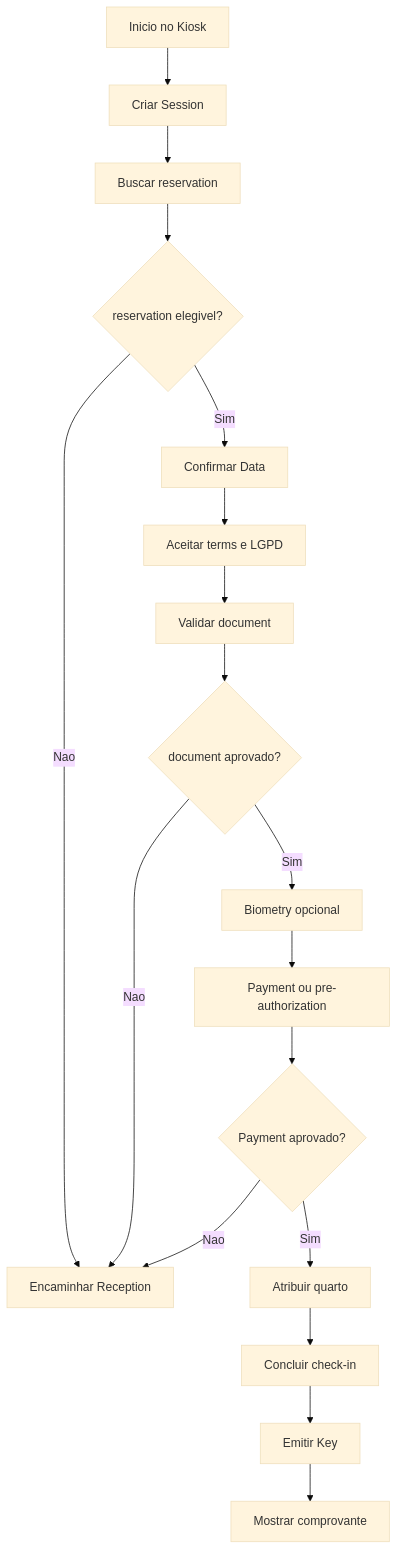
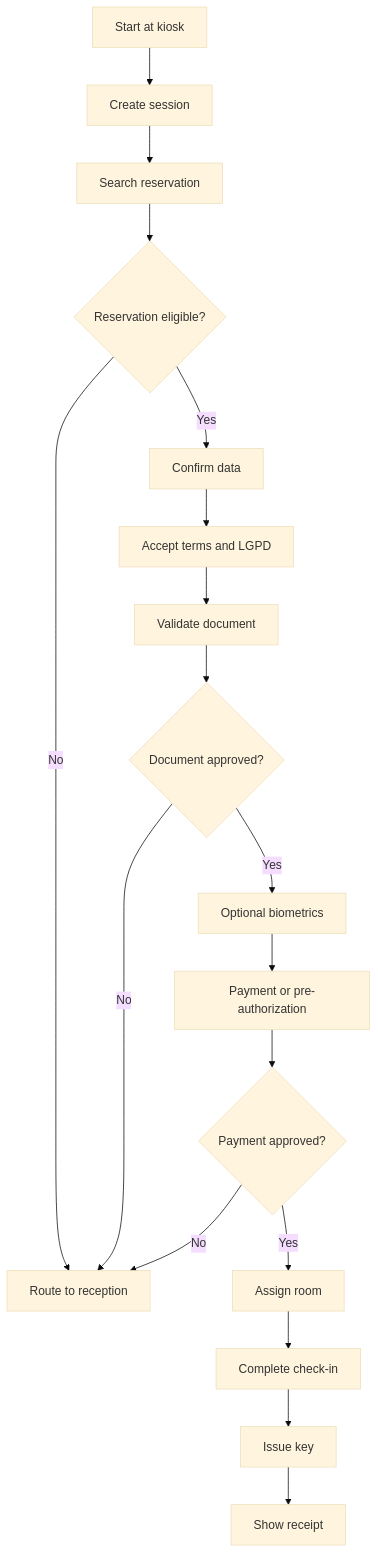
Before and after one commit to bitoller/fiap-challenge-flexmedia: the diagram in docs/diagrams/checkin-flow.mmd, drawn with Mermaid (base theme). The commit also changed 103 other files, not shown here.

```diff
--- a/docs/diagrams/checkin-flow.mmd
+++ b/docs/diagrams/checkin-flow.mmd
@@ -1,18 +1,18 @@
 flowchart TD
-    A["Inicio no Kiosk"] --> B["Criar Session"]
-    B --> C["Buscar reservation"]
-    C --> D{"reservation elegivel?"}
-    D -- "Nao" --> E["Encaminhar Reception"]
-    D -- "Sim" --> F["Confirmar Data"]
-    F --> G["Aceitar terms e LGPD"]
-    G --> H["Validar document"]
-    H --> I{"document aprovado?"}
-    I -- "Nao" --> E
-    I -- "Sim" --> J["Biometry opcional"]
-    J --> K["Payment ou pre-authorization"]
-    K --> L{"Payment aprovado?"}
-    L -- "Nao" --> E
-    L -- "Sim" --> M["Atribuir quarto"]
-    M --> N["Concluir check-in"]
-    N --> O["Emitir Key"]
-    O --> P["Mostrar comprovante"]
+    A["Start at kiosk"] --> B["Create session"]
+    B --> C["Search reservation"]
+    C --> D{"Reservation eligible?"}
+    D -- "No" --> E["Route to reception"]
+    D -- "Yes" --> F["Confirm data"]
+    F --> G["Accept terms and LGPD"]
+    G --> H["Validate document"]
+    H --> I{"Document approved?"}
+    I -- "No" --> E
+    I -- "Yes" --> J["Optional biometrics"]
+    J --> K["Payment or pre-authorization"]
+    K --> L{"Payment approved?"}
+    L -- "No" --> E
+    L -- "Yes" --> M["Assign room"]
+    M --> N["Complete check-in"]
+    N --> O["Issue key"]
+    O --> P["Show receipt"]
```
